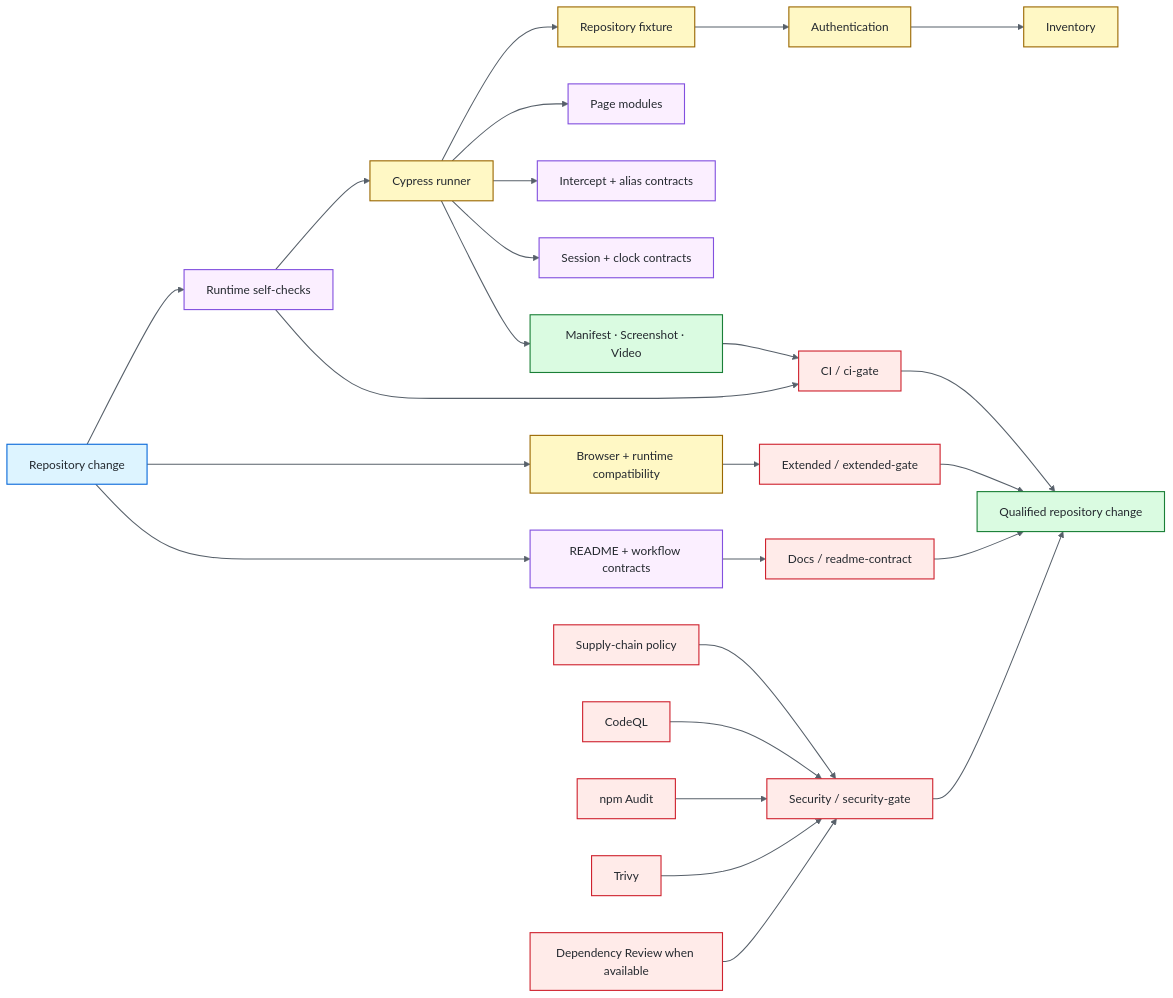
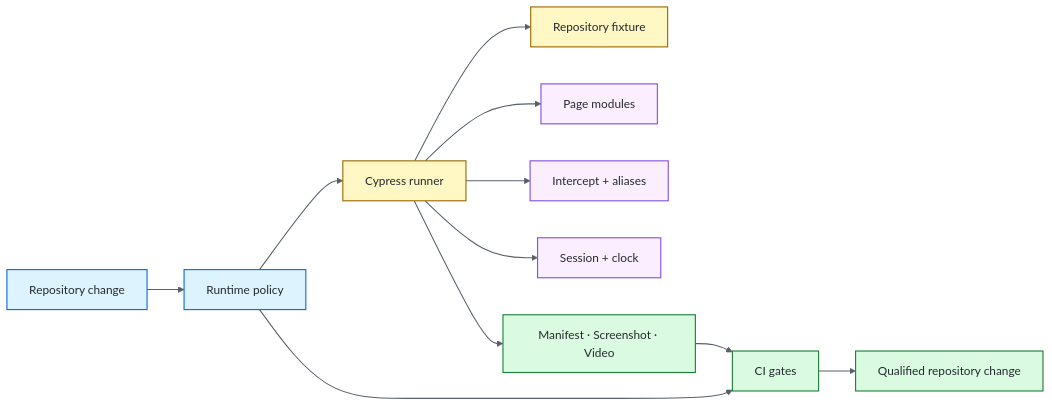
Before and after one commit to portyu9/qa-automation-ui-cypress: the diagram in README.md, drawn with Mermaid. The commit also changed other lines of this file, not shown here.

````diff
--- a/README.md
+++ b/README.md
@@ -40,43 +39,24 @@
 ```mermaid
 flowchart LR
-    CHANGE[Repository change] --> CFG[Runtime self-checks]
+    CHANGE[Repository change] --> CFG[Runtime policy]
     CFG --> CYP[Cypress runner]
     CYP --> FIX[Repository fixture]
-    FIX --> AUTH[Authentication]
-    AUTH --> INV[Inventory]
     CYP --> PAGE[Page modules]
-    CYP --> NET[Intercept + alias contracts]
-    CYP --> STATE[Session + clock contracts]
+    CYP --> NET[Intercept + aliases]
+    CYP --> STATE[Session + clock]
     CYP --> EV[Manifest · Screenshot · Video]
-    EV --> CIG[CI / ci-gate]
-    CFG --> CIG
 
-    CHANGE --> EXT[Browser + runtime compatibility]
-    EXT --> EG[Extended / extended-gate]
+    CFG --> GATES[CI gates]
+    EV --> GATES
+    GATES --> RESULT[Qualified repository change]
 
-    CHANGE --> DOCS[README + workflow contracts]
-    DOCS --> DG[Docs / readme-contract]
-
-    SUPPLY[Supply-chain policy] --> SG[Security / security-gate]
-    SAST[CodeQL] --> SG
-    AUDIT[npm Audit] --> SG
-    TRIVY[Trivy] --> SG
-    REVIEW[Dependency Review when available] --> SG
-
-    CIG --> RESULT[Qualified repository change]
-    EG --> RESULT
-    DG --> RESULT
-    SG --> RESULT
-
-    classDef entry fill:#ddf4ff,stroke:#0969da,color:#24292f,stroke-width:1.5px;
-    classDef policy fill:#fbefff,stroke:#8250df,color:#24292f,stroke-width:1.5px;
-    classDef runtime fill:#fff8c5,stroke:#9a6700,color:#24292f,stroke-width:1.5px;
-    classDef evidence fill:#dafbe1,stroke:#1a7f37,color:#24292f,stroke-width:1.5px;
-    classDef gate fill:#ffebe9,stroke:#cf222e,color:#24292f,stroke-width:1.5px;
-    class CHANGE entry;
-    class CFG,PAGE,NET,STATE,DOCS policy;
-    class CYP,FIX,AUTH,INV,EXT runtime;
-    class EV,RESULT evidence;
-    class CIG,EG,DG,SUPPLY,SAST,AUDIT,TRIVY,REVIEW,SG gate;
-    linkStyle default stroke:#57606a,stroke-width:1.4px;
+    classDef entry fill:#DDF4FF,stroke:#0969DA,color:#24292F,stroke-width:1.5px;
+    classDef policy fill:#FBEFFF,stroke:#8250DF,color:#24292F,stroke-width:1.5px;
+    classDef runtime fill:#FFF8C5,stroke:#9A6700,color:#24292F,stroke-width:1.5px;
+    classDef evidence fill:#DAFBE1,stroke:#1A7F37,color:#24292F,stroke-width:1.5px;
+    class CHANGE,CFG entry;
+    class PAGE,NET,STATE policy;
+    class CYP,FIX runtime;
+    class EV,GATES,RESULT evidence;
+    linkStyle default stroke:#57606A,stroke-width:1.4px;
 ```
````
